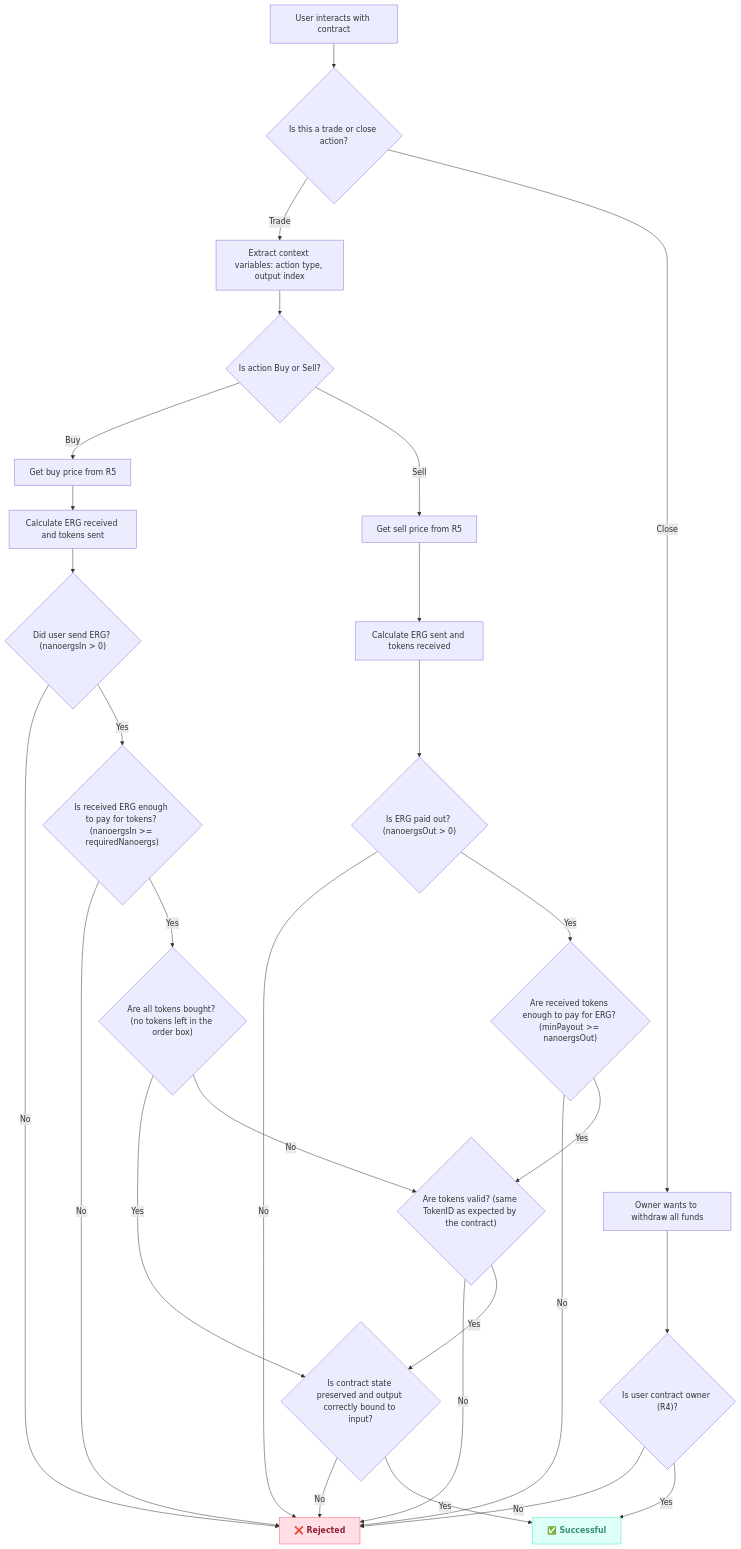
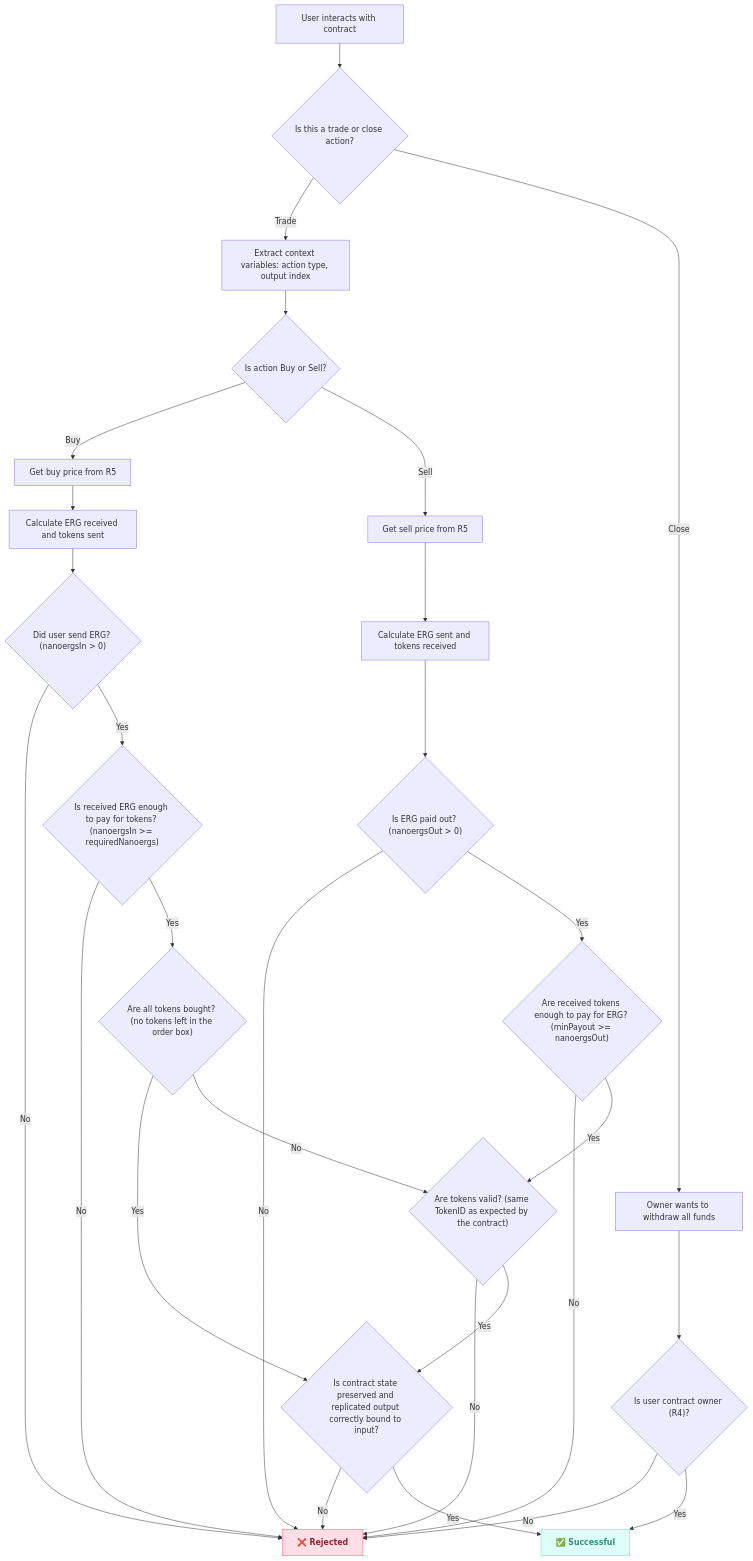
One commit to machinafi/sdk changed the diagram in src/contracts/grid/README.md. Above: the diagram before and after it, drawn with Mermaid. The commit also changed 1 other file, not shown here.

Commit message:
add input-aggregation protection test

````diff
--- a/src/contracts/grid/README.md
+++ b/src/contracts/grid/README.md
@@ -31,35 +31,34 @@
 ```mermaid
 flowchart TD
     Start["User interacts with contract"] --> ActionType{"Is this a trade or close action?"}
     ActionType -- Trade --> GetVars["Extract context variables: action type, output index"]
     GetVars --> TradeType{"Is action Buy or Sell?"}
     TradeType -- Buy --> BuyPrice["Get buy price from R5"]
-    BuyPrice --> BuyCalc1["Calculate ERG received and tokens sent"]
-    BuyCalc1 --> BuyCheck1{"Did user send ERG? (nanoergsIn > 0)"}
-    BuyCheck1 -- No --> Refused["❌ Rejected"]
-    BuyCheck1 -- Yes --> BuyCheck2{"Is received ERG enough to pay for tokens? (nanoergsIn &gt;= requiredNanoergs)"}
-    BuyCheck2 -- No --> Refused
-    BuyCheck2 -- Yes --> BuyCheck3{"Are all tokens bought? (no tokens left in the order box)"}
-    BuyCheck3 -- Yes --> FinalContractCheck{"Is contract state preserved and output correctly bound to input?"}
-    BuyCheck3 -- No --> TokenIdCheck{"Are tokens valid? (same TokenID as expected by the contract)"}
+    BuyPrice --> BuyCalc["Calculate ERG received and tokens sent"]
+    BuyCalc --> BuyCheck{"Did user send ERG? (nanoergsIn > 0)"}
+    BuyCheck -- No --> Refused["❌ Rejected"]
+    BuyCheck -- Yes --> BuyCheck1{"Is received ERG enough to pay for tokens? (nanoergsIn &gt;= requiredNanoergs)"}
+    BuyCheck1 -- No --> Refused
+    BuyCheck1 -- Yes --> BuyCheck2{"Are all tokens bought? (no tokens left in the order box)"}
+    BuyCheck2 -- Yes --> FinalContractCheck{"Is contract state preserved and replicated output correctly bound to input?"}
+    BuyCheck2 -- No --> TokenIdCheck{"Are tokens valid? (same TokenID as expected by the contract)"}
     TradeType -- Sell --> SellPrice["Get sell price from R5"]
-    SellPrice --> SellCalc1["Calculate ERG sent and tokens received"]
-    SellCalc1 --> SellCheck1{"Is ERG paid out? (nanoergsOut > 0)"}
+    SellPrice --> SellCalc["Calculate ERG sent and tokens received"]
+    SellCalc --> SellCheck1{"Is ERG paid out? (nanoergsOut > 0)"}
     SellCheck1 -- No --> Refused
     SellCheck1 -- Yes --> SellCheck2{"Are received tokens enough to pay for ERG? (minPayout &gt;= nanoergsOut)"}
     SellCheck2 -- No --> Refused
     SellCheck2 -- Yes --> TokenIdCheck
     TokenIdCheck -- No --> Refused
     TokenIdCheck -- Yes --> FinalContractCheck
     ActionType -- Close --> CloseOrder["Owner wants to withdraw all funds"]
     CloseOrder --> OwnerCheck{"Is user contract owner (R4)?"}
     OwnerCheck -- No --> Refused
     OwnerCheck -- Yes --> Success["✅ Successful"]
     FinalContractCheck -- No --> Refused
     FinalContractCheck -- Yes --> Success
      Refused:::Rose
      Success:::Aqua
     classDef Rose stroke-width:1px, stroke-dasharray:none, stroke:#FF5978, fill:#FFDFE5, color:#8E2236, font-weight: bold
     classDef Aqua stroke-width:1px, stroke-dasharray:none, stroke:#46EDC8, fill:#DEFFF8, color:#378E7A, font-weight: bold
-
 ```
````
